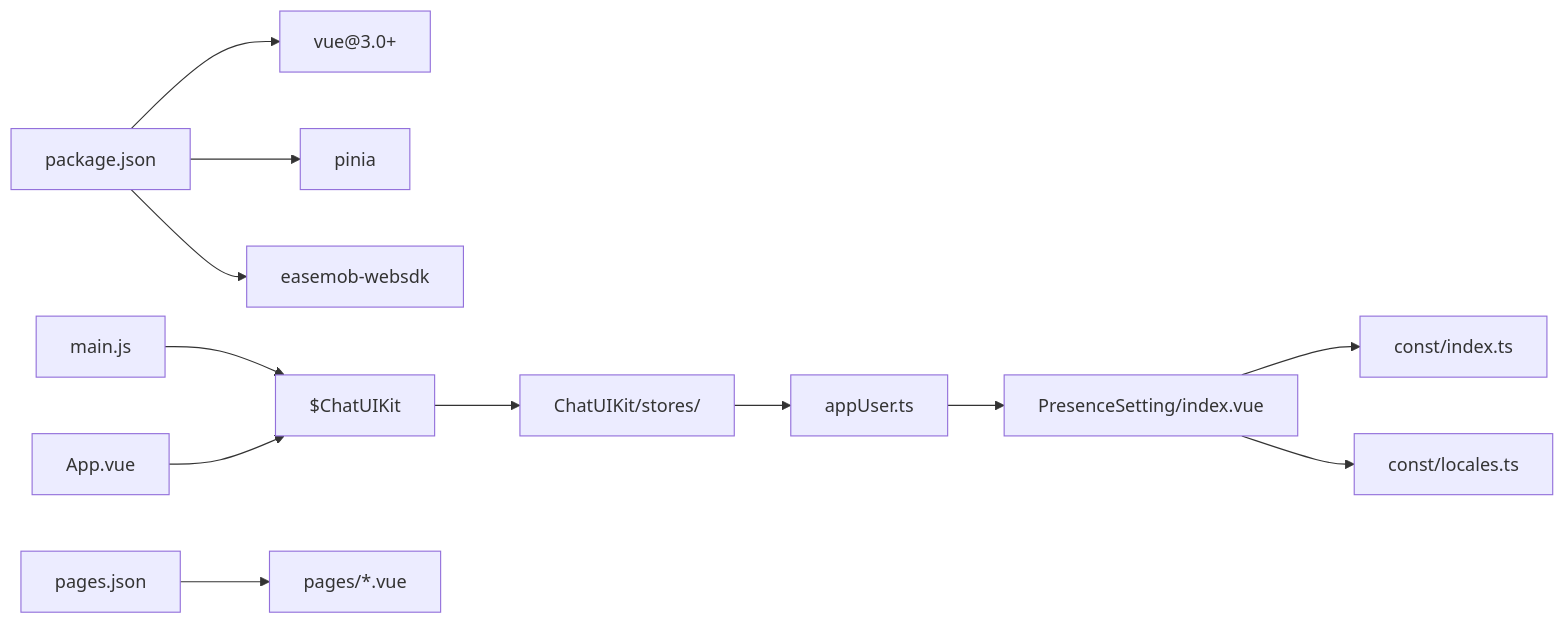
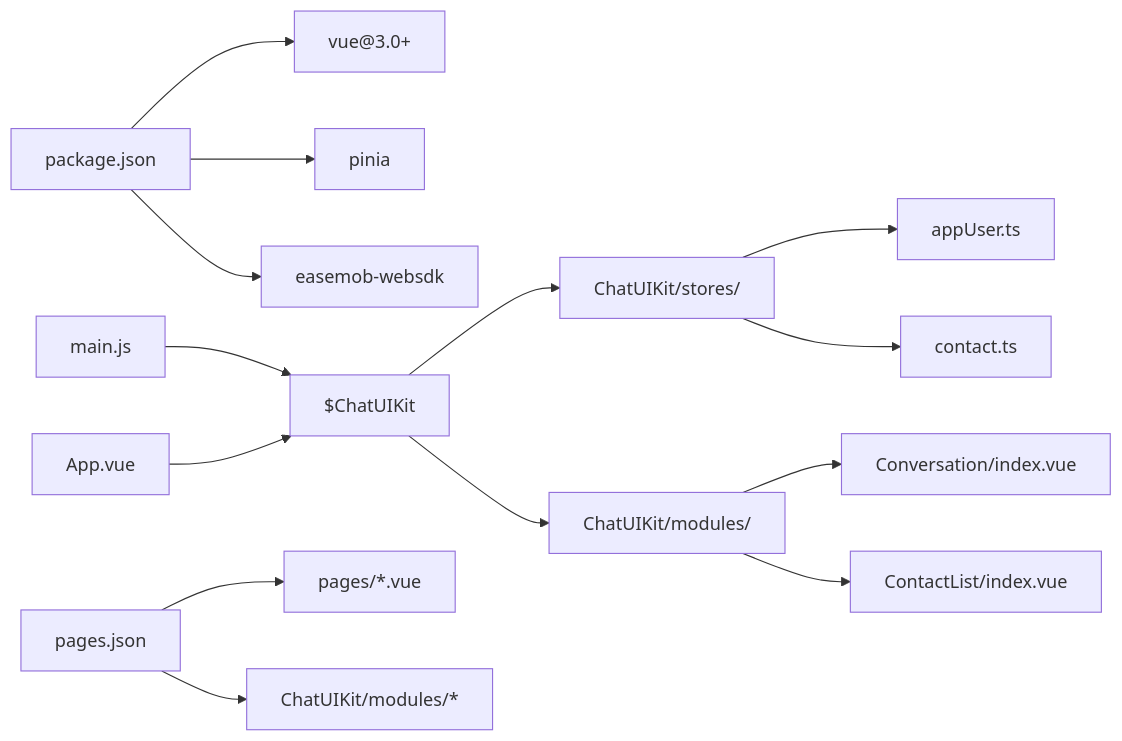
Before and after one commit to Easemob-Community/easemob-uikit-uniapp-community: the sixth of 6 diagrams in .qoder/repowiki/zh/content/示例应用/示例应用概览.md, drawn with Mermaid. The commit also changed other lines of this file and 8 other files, not shown here.

````diff
--- a/.qoder/repowiki/zh/content/示例应用/示例应用概览.md
+++ b/.qoder/repowiki/zh/content/示例应用/示例应用概览.md
@@ -328,14 +263,16 @@
 ```mermaid
 graph LR
 Pkg["package.json"] --> Vue["vue@3.0+"]
 Pkg --> Pinia["pinia"]
 Pkg --> SDK["easemob-websdk"]
 Main["main.js"] --> ChatUIKit["$ChatUIKit"]
 App["App.vue"] --> ChatUIKit
 ChatUIKit --> Stores["ChatUIKit/stores/"]
 Stores --> AppUserStore["appUser.ts"]
-AppUserStore --> PresenceSetting["PresenceSetting/index.vue"]
-PresenceSetting --> PresenceConst["const/index.ts"]
-PresenceSetting --> Locales["const/locales.ts"]
+Stores --> ContactStore["contact.ts"]
+ChatUIKit --> Modules["ChatUIKit/modules/"]
+Modules --> Conversation["Conversation/index.vue"]
+Modules --> ContactList["ContactList/index.vue"]
 Pages["pages.json"] --> PagesComponents["pages/*.vue"]
+Pages --> ChatUIKitModules["ChatUIKit/modules/*"]
 ```
````
